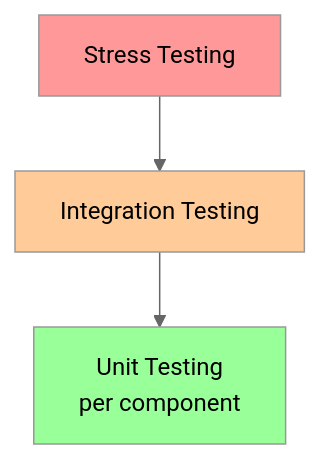
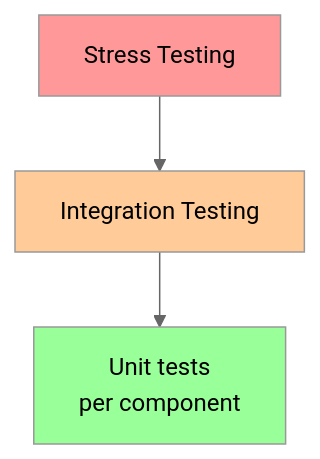
Before and after one commit to cloudbsdorg/application_guidelines: the tenth of 10 diagrams in SKILLS/diagramming/mermaid-diagrammer/SKILL.md, drawn with Mermaid (neutral theme). The commit also changed other lines of this file and 15 other files, not shown here.

````diff
--- a/SKILLS/diagramming/mermaid-diagrammer/SKILL.md
+++ b/SKILLS/diagramming/mermaid-diagrammer/SKILL.md
@@ -158,8 +158,8 @@
 ```mermaid
 graph TD
     S[Stress Testing] --> I[Integration Testing]
-    I --> U[Unit Testing<br/>per component]
+    I --> U[Unit tests<br/>per component]
     style S fill:#ff9999
     style I fill:#ffcc99
     style U fill:#99ff99
 ```
````
